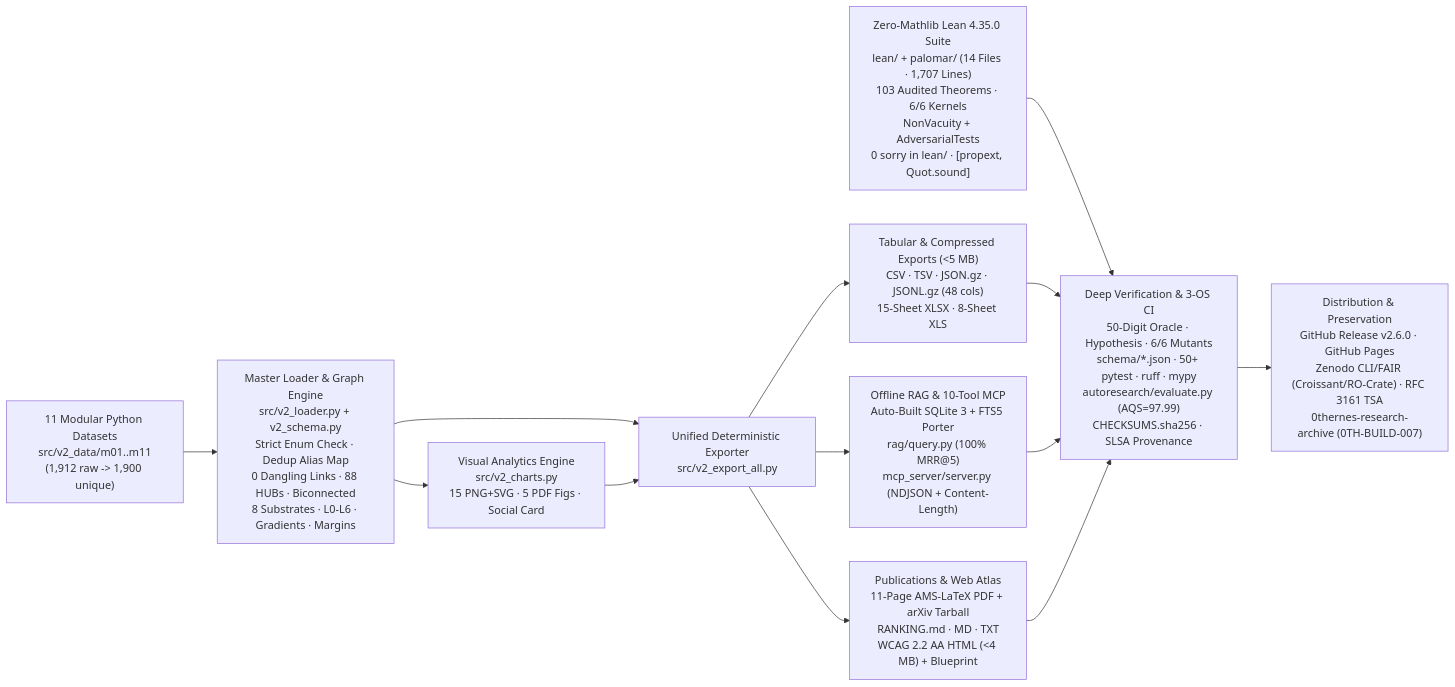
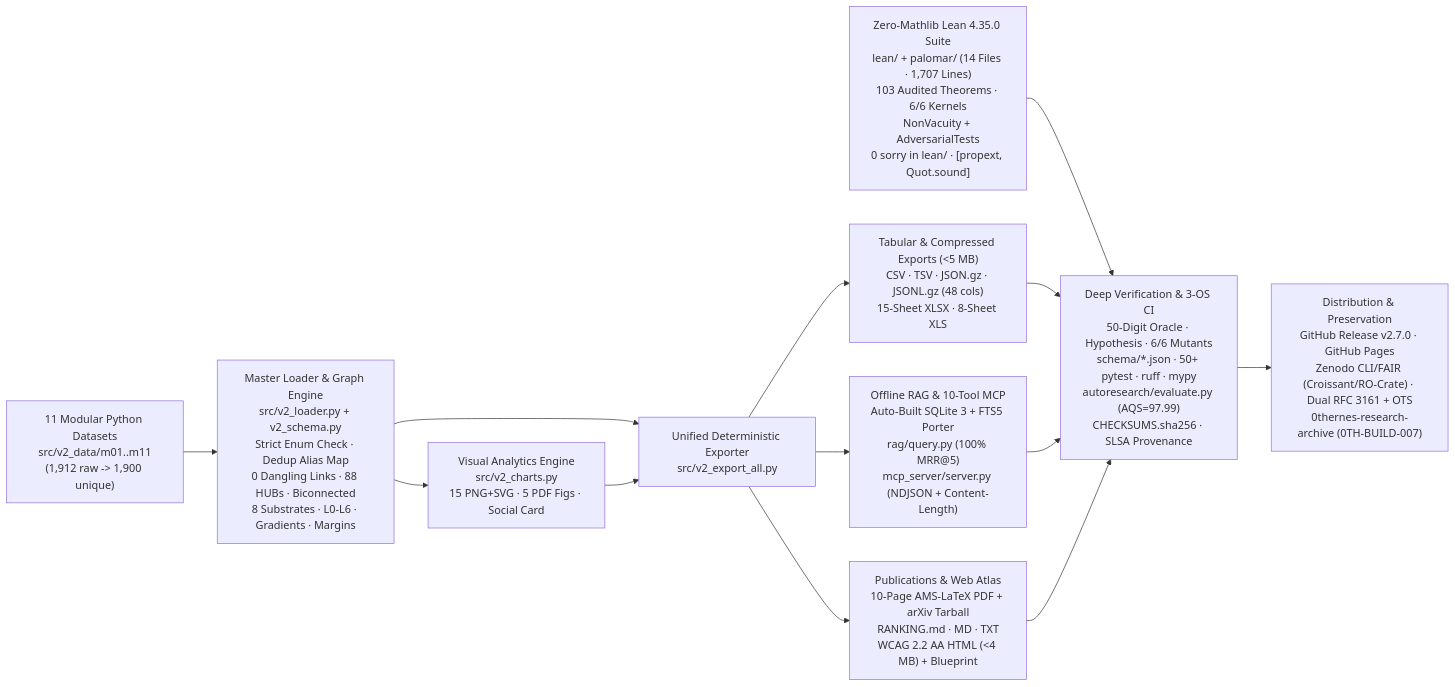
The diagram in ARCHITECTURE.md (0thernes/unsolved-problems-mega-atlas), drawn with Mermaid before and after one commit. The commit also changed other lines of this file and 102 other files, not shown here.

Commit message:
release: v2.7.0 Round 4 3-cycle hardening, 76-repo/16-entry archive sync, dual RFC 3161 + Bitcoin OTS, strict CSP & hardened MCP/RAG

````diff
--- a/ARCHITECTURE.md
+++ b/ARCHITECTURE.md
@@ -5,15 +5,15 @@
 ```mermaid
 flowchart LR
     A["11 Modular Python Datasets\nsrc/v2_data/m01..m11\n(1,912 raw -> 1,900 unique)"] --> B["Master Loader & Graph Engine\nsrc/v2_loader.py + v2_schema.py\nStrict Enum Check · Dedup Alias Map\n0 Dangling Links · 88 HUBs · Biconnected\n8 Substrates · L0-L6 · Gradients · Margins"]
     B --> C["Visual Analytics Engine\nsrc/v2_charts.py\n15 PNG+SVG · 5 PDF Figs · Social Card"]
     B --> D["Unified Deterministic Exporter\nsrc/v2_export_all.py"]
     C --> D
     D --> E1["Tabular & Compressed Exports (<5 MB)\nCSV · TSV · JSON.gz · JSONL.gz (48 cols)\n15-Sheet XLSX · 8-Sheet XLS"]
     D --> E2["Offline RAG & 10-Tool MCP\nAuto-Built SQLite 3 + FTS5 Porter\nrag/query.py (100% MRR@5)\nmcp_server/server.py (NDJSON + Content-Length)"]
-    D --> E3["Publications & Web Atlas\n11-Page AMS-LaTeX PDF + arXiv Tarball\nRANKING.md · MD · TXT\nWCAG 2.2 AA HTML (<4 MB) + Blueprint"]
+    D --> E3["Publications & Web Atlas\n10-Page AMS-LaTeX PDF + arXiv Tarball\nRANKING.md · MD · TXT\nWCAG 2.2 AA HTML (<4 MB) + Blueprint"]
     F["Zero-Mathlib Lean 4.35.0 Suite\nlean/ + palomar/ (14 Files · 1,707 Lines)\n103 Audited Theorems · 6/6 Kernels\nNonVacuity + AdversarialTests\n0 sorry in lean/ · [propext, Quot.sound]"] --> G["Deep Verification & 3-OS CI\n50-Digit Oracle · Hypothesis · 6/6 Mutants\nschema/*.json · 50+ pytest · ruff · mypy\nautoresearch/evaluate.py (AQS=97.99)\nCHECKSUMS.sha256 · SLSA Provenance"]
     E1 --> G
     E2 --> G
     E3 --> G
-    G --> H["Distribution & Preservation\nGitHub Release v2.6.0 · GitHub Pages\nZenodo CLI/FAIR (Croissant/RO-Crate) · RFC 3161 TSA\n0thernes-research-archive (0TH-BUILD-007)"]
+    G --> H["Distribution & Preservation\nGitHub Release v2.7.0 · GitHub Pages\nZenodo CLI/FAIR (Croissant/RO-Crate) · Dual RFC 3161 + OTS\n0thernes-research-archive (0TH-BUILD-007)"]
 ```
````
